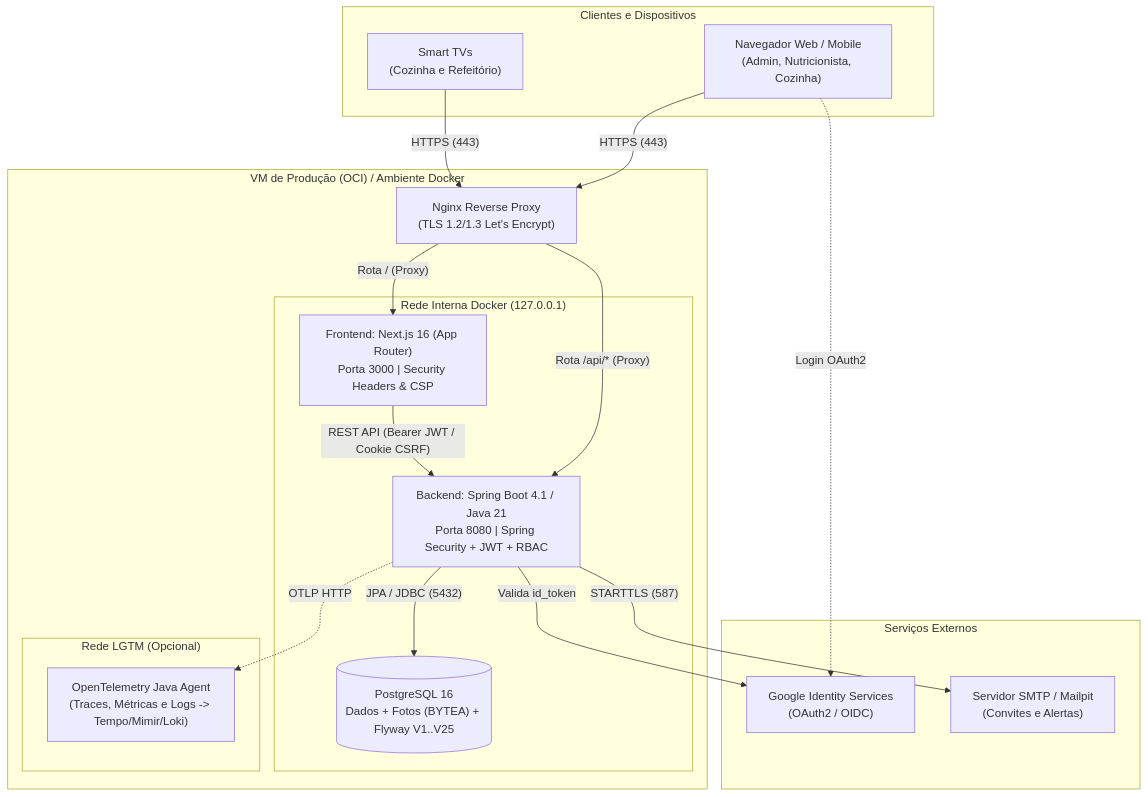
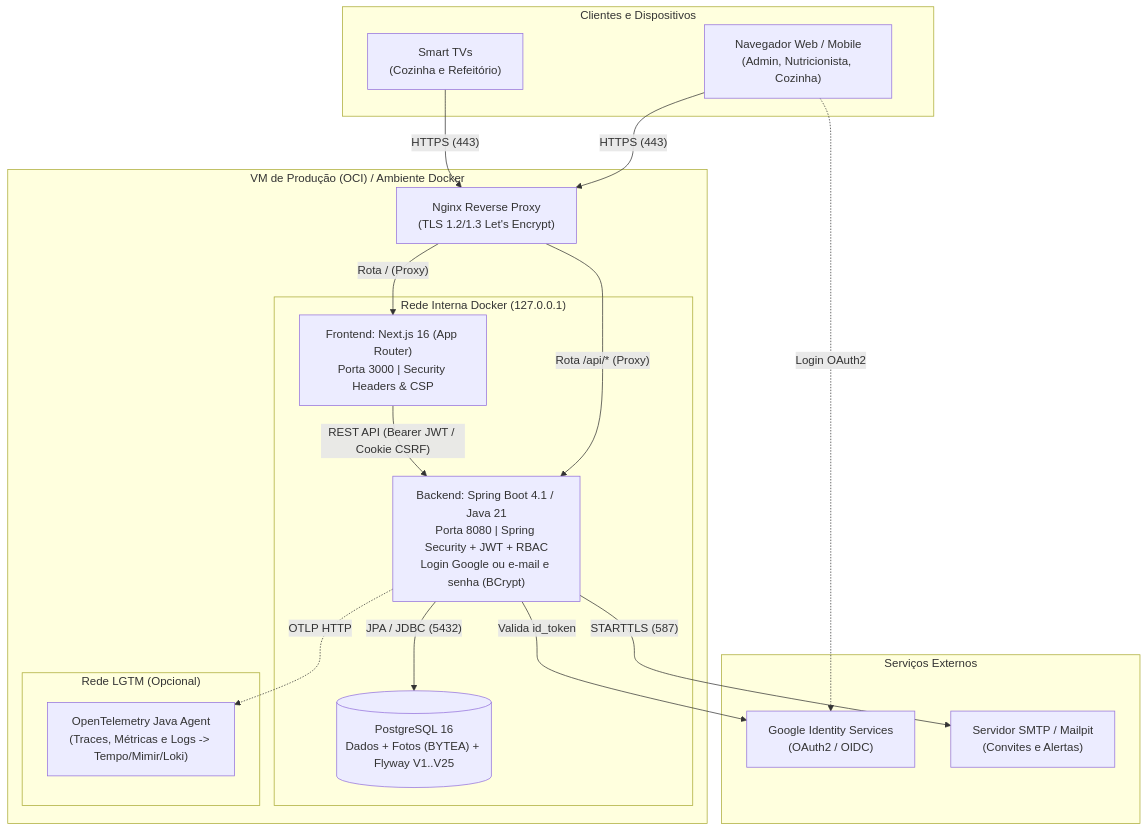
One commit to ifpebj-ti/gestao-refeitorio changed the diagram in README.md. Above: the diagram before and after it, drawn with Mermaid. The commit also changed other lines of this file and 1 other file, not shown here.

Commit message:
docs: documenta o login com usuário e senha e o ADMIN local #370

````diff
--- a/README.md
+++ b/README.md
@@ -107,37 +121,37 @@
 ```mermaid
 flowchart TB
     subgraph Clientes["Clientes e Dispositivos"]
         Browser["Navegador Web / Mobile<br/>(Admin, Nutricionista, Cozinha)"]
         SmartTV["Smart TVs<br/>(Cozinha e Refeitório)"]
     end
 
     subgraph Externos["Serviços Externos"]
         GoogleOIDC["Google Identity Services<br/>(OAuth2 / OIDC)"]
         SMTP["Servidor SMTP / Mailpit<br/>(Convites e Alertas)"]
     end
 
     subgraph OCI["VM de Produção (OCI) / Ambiente Docker"]
         Nginx["Nginx Reverse Proxy<br/>(TLS 1.2/1.3 Let's Encrypt)"]
 
         subgraph AppContainers["Rede Interna Docker (127.0.0.1)"]
             Frontend["Frontend: Next.js 16 (App Router)<br/>Porta 3000 | Security Headers & CSP"]
-            Backend["Backend: Spring Boot 4.1 / Java 21<br/>Porta 8080 | Spring Security + JWT + RBAC"]
+            Backend["Backend: Spring Boot 4.1 / Java 21<br/>Porta 8080 | Spring Security + JWT + RBAC<br/>Login Google ou e-mail e senha (BCrypt)"]
             Postgres[("PostgreSQL 16<br/>Dados + Fotos (BYTEA) + Flyway V1..V25")]
         end
 
         subgraph Observabilidade["Rede LGTM (Opcional)"]
             Otel["OpenTelemetry Java Agent<br/>(Traces, Métricas e Logs -> Tempo/Mimir/Loki)"]
         end
     end
 
     Browser -->|"HTTPS (443)"| Nginx
     SmartTV -->|"HTTPS (443)"| Nginx
     Nginx -->|"Rota / (Proxy)"| Frontend
     Nginx -->|"Rota /api/* (Proxy)"| Backend
     Frontend -->|"REST API (Bearer JWT / Cookie CSRF)"| Backend
     Browser -.->|"Login OAuth2"| GoogleOIDC
     Backend -->|"Valida id_token"| GoogleOIDC
     Backend -->|"JPA / JDBC (5432)"| Postgres
     Backend -->|"STARTTLS (587)"| SMTP
     Backend -.->|"OTLP HTTP"| Otel
 ```
````
